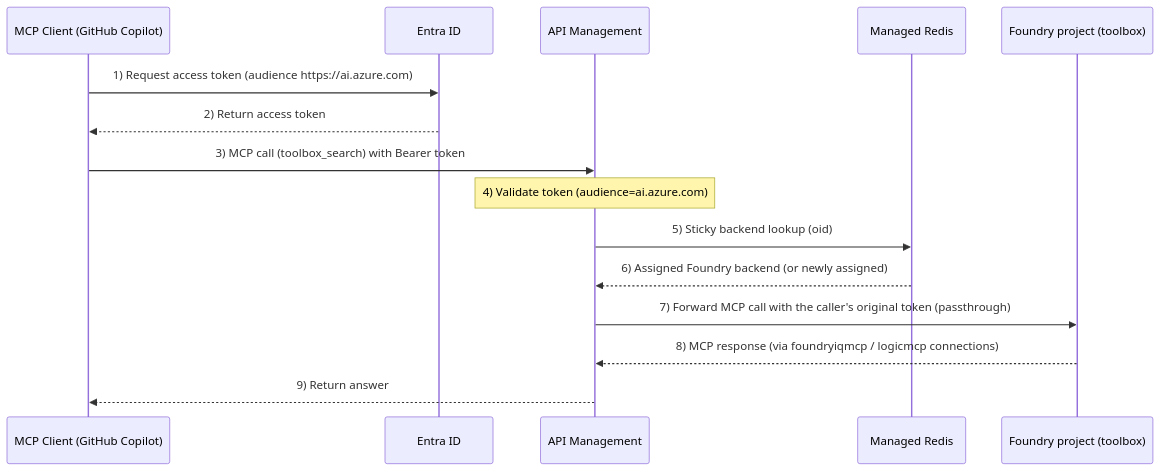
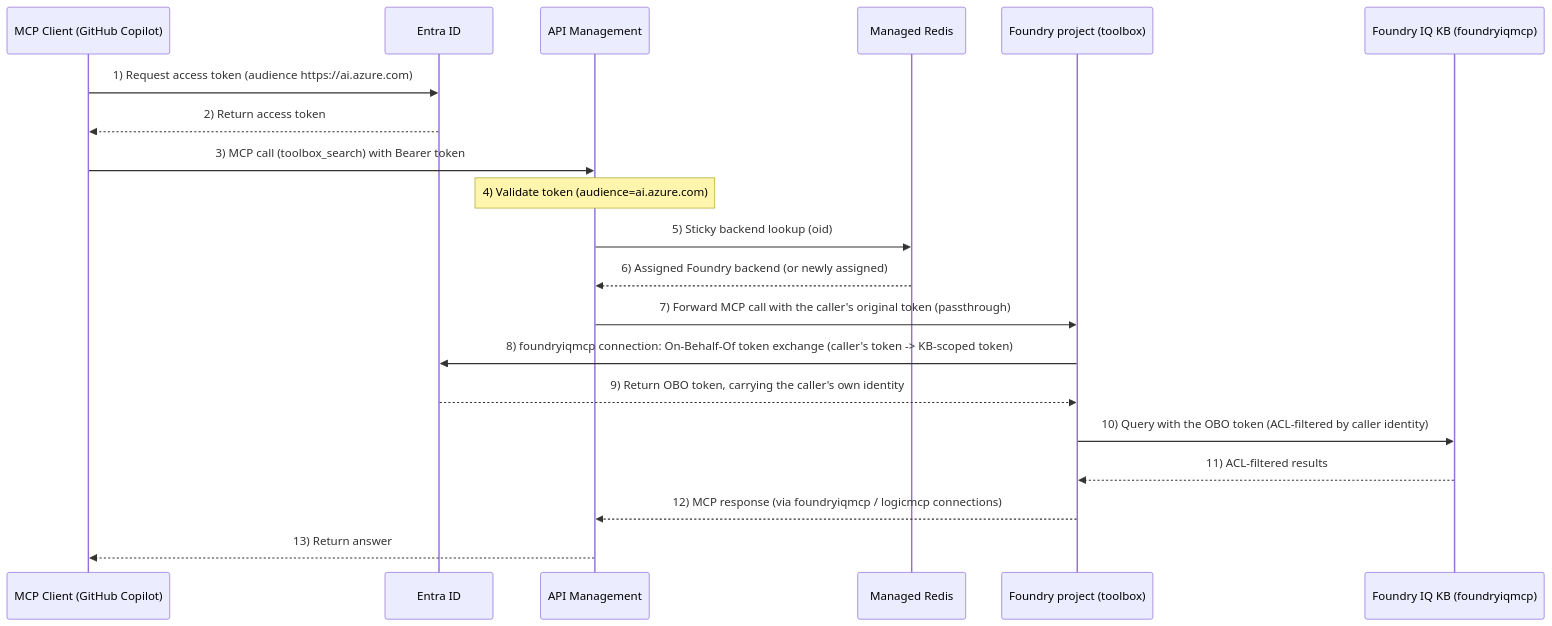
One commit to apc-n-orita/apim-mcp-a2a-oauth changed the second of 2 diagrams in handson/mcp/README.md. Above: the diagram before and after it, drawn with Mermaid. The commit also changed other lines of this file and 3 other files, not shown here.

First line of the commit message:
Fix docs: toolbox OBO diagram, ACL header scope, redundant handson index (#13)

````diff
--- a/handson/mcp/README.md
+++ b/handson/mcp/README.md
@@ -65,19 +65,24 @@
 ```mermaid
 sequenceDiagram
     participant Client as MCP Client (GitHub Copilot)
     participant Entra as Entra ID
     participant APIM as API Management
     participant Redis as Managed Redis
     participant Foundry as Foundry project (toolbox)
+    participant KB as Foundry IQ KB (foundryiqmcp)
 
     Client->>Entra: 1) Request access token (audience https://ai.azure.com)
     Entra-->>Client: 2) Return access token
 
     Client->>APIM: 3) MCP call (toolbox_search) with Bearer token
     Note over APIM: 4) Validate token (audience=ai.azure.com)
     APIM->>Redis: 5) Sticky backend lookup (oid)
     Redis-->>APIM: 6) Assigned Foundry backend (or newly assigned)
     APIM->>Foundry: 7) Forward MCP call with the caller's original token (passthrough)
-    Foundry-->>APIM: 8) MCP response (via foundryiqmcp / logicmcp connections)
-    APIM-->>Client: 9) Return answer
+    Foundry->>Entra: 8) foundryiqmcp connection: On-Behalf-Of token exchange (caller's token -> KB-scoped token)
+    Entra-->>Foundry: 9) Return OBO token, carrying the caller's own identity
+    Foundry->>KB: 10) Query with the OBO token (ACL-filtered by caller identity)
+    KB-->>Foundry: 11) ACL-filtered results
+    Foundry-->>APIM: 12) MCP response (via foundryiqmcp / logicmcp connections)
+    APIM-->>Client: 13) Return answer
 ```
````
